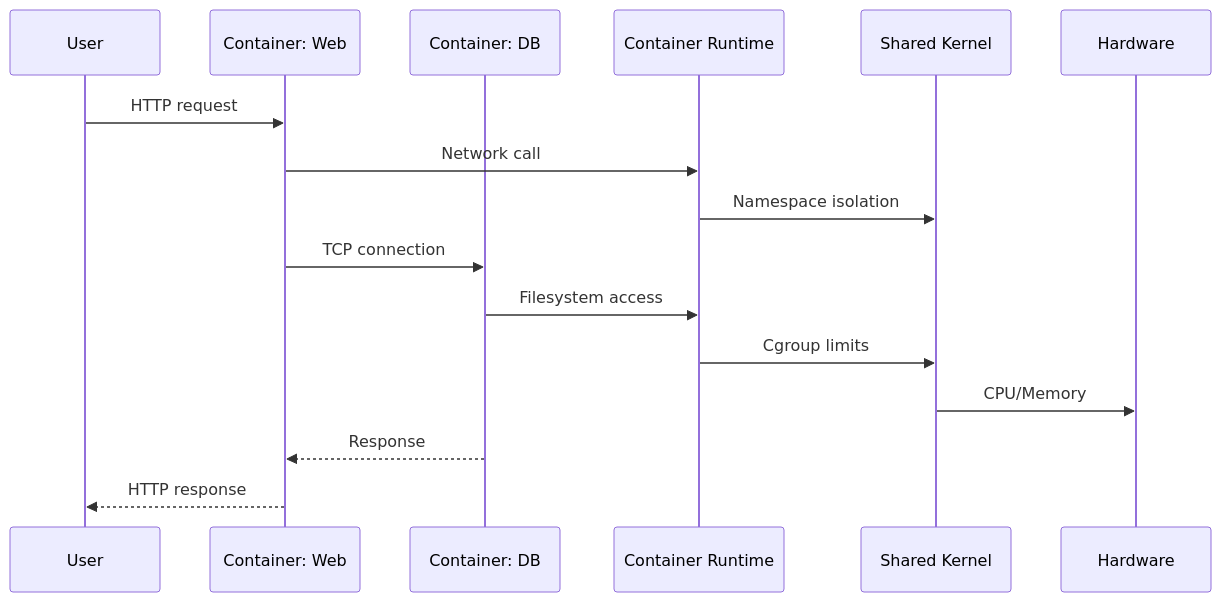
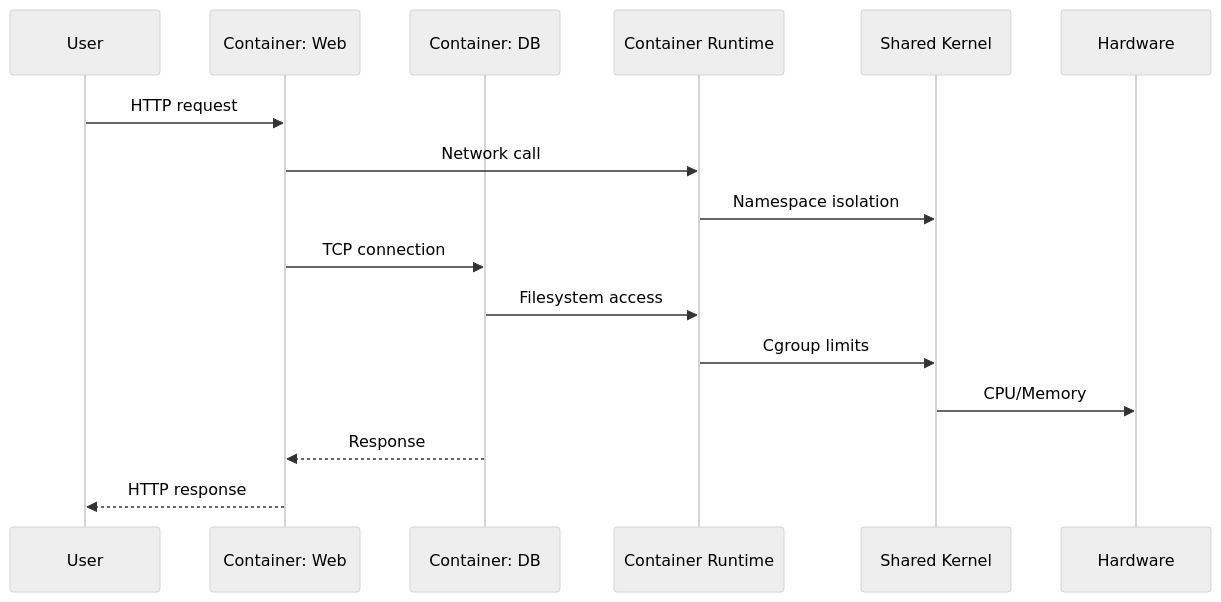
Before and after one commit to Piotr1215/cloudrumble: the diagram in blog/_media/diagrams/04-what-it-is.mmd, drawn with Mermaid. The commit also changed 18 other files, not shown here.

```diff
--- a/blog/_media/diagrams/04-what-it-is.mmd
+++ b/blog/_media/diagrams/04-what-it-is.mmd
@@ -1,17 +1,18 @@
+%%{init: {"theme": "neutral", "themeVariables": {"signalTextColor": "#000", "edgeLabelBackground": "#f5f5f5", "actorTextColor": "#000"}}}%%
 sequenceDiagram
     participant User
     participant Container1 as Container: Web
     participant Container2 as Container: DB
     participant Runtime as Container Runtime
     participant Kernel as Shared Kernel
     participant Hardware
 
     User->>Container1: HTTP request
     Container1->>Runtime: Network call
     Runtime->>Kernel: Namespace isolation
     Container1->>Container2: TCP connection
     Container2->>Runtime: Filesystem access
     Runtime->>Kernel: Cgroup limits
     Kernel->>Hardware: CPU/Memory
     Container2-->>Container1: Response
     Container1-->>User: HTTP response
```
